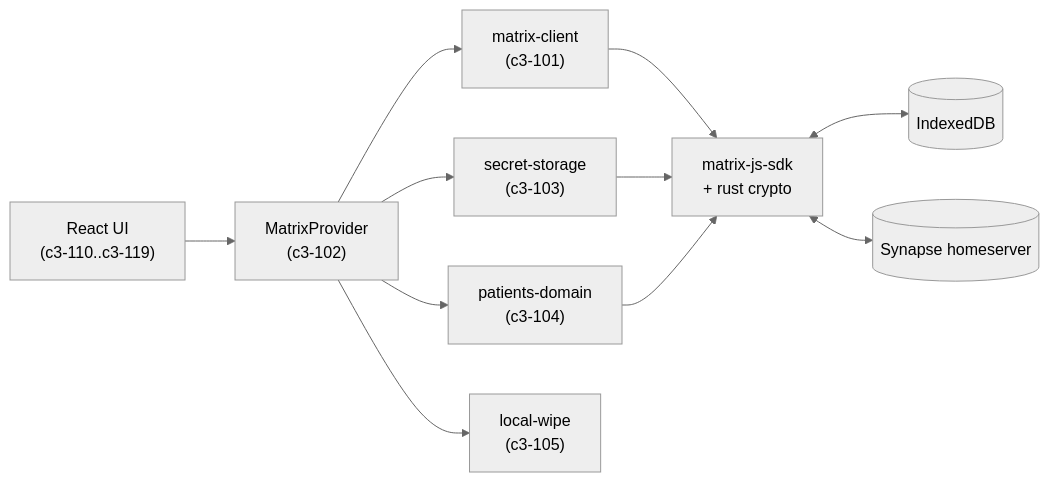
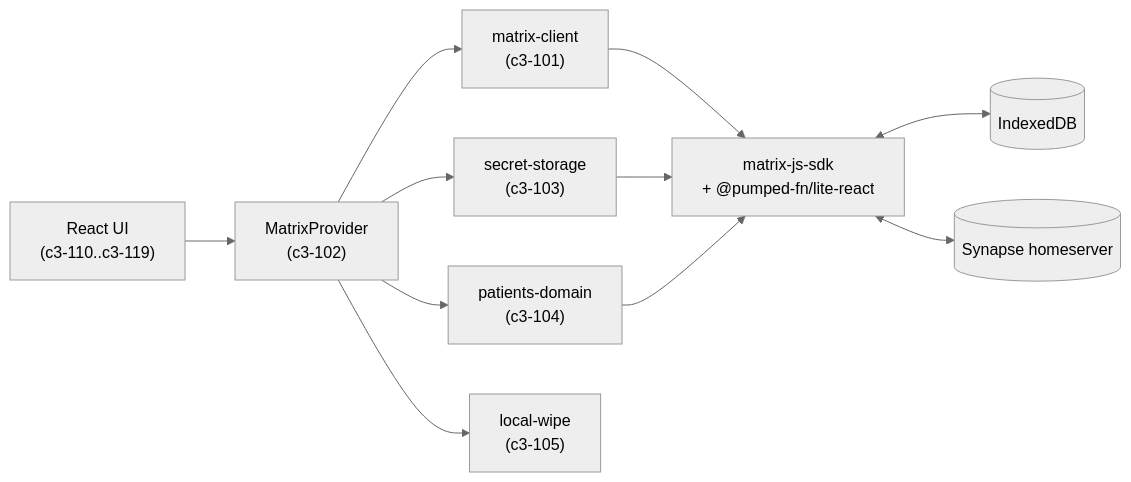
One commit to tini-works/e2ee-exploration changed the first of 2 diagrams in .c3/Customized presentation.md. Above: the diagram before and after it, drawn with Mermaid (neutral theme).

Commit message:
docs(c3): update Customized presentation with c3-seal and flow overview

````diff
--- a/.c3/Customized presentation.md
+++ b/.c3/Customized presentation.md
@@ -43,13 +43,13 @@
 ```mermaid
 flowchart LR
     UI["React UI<br/>(c3-110..c3-119)"] --> Provider["MatrixProvider<br/>(c3-102)"]
     Provider --> Client["matrix-client<br/>(c3-101)"]
     Provider --> SS["secret-storage<br/>(c3-103)"]
     Provider --> Patients["patients-domain<br/>(c3-104)"]
     Provider --> Wipe["local-wipe<br/>(c3-105)"]
-    Client --> SDK["matrix-js-sdk<br/>+ rust crypto"]
+    Client --> SDK["matrix-js-sdk<br/>+ @pumped-fn/lite-react"]
     SS --> SDK
     Patients --> SDK
     SDK <--> IDB[("IndexedDB")]
     SDK <--> Synapse[("Synapse homeserver")]
 ```
````
